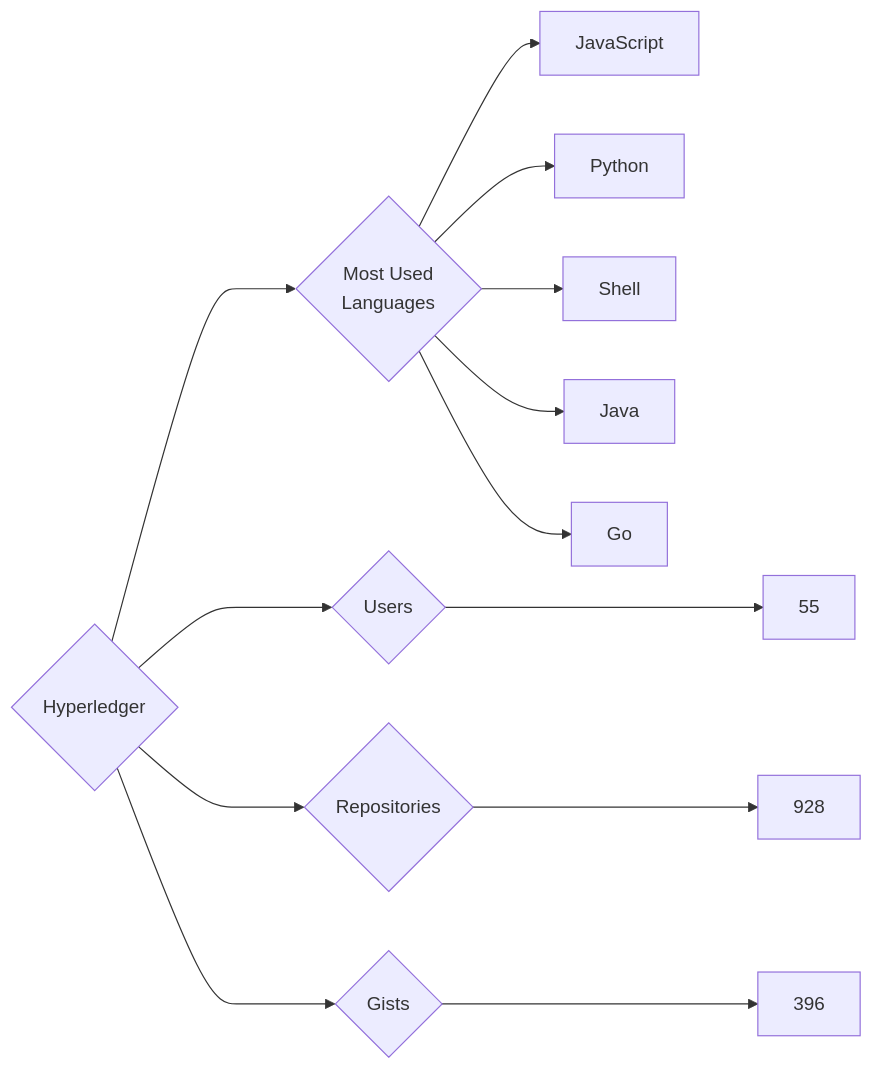
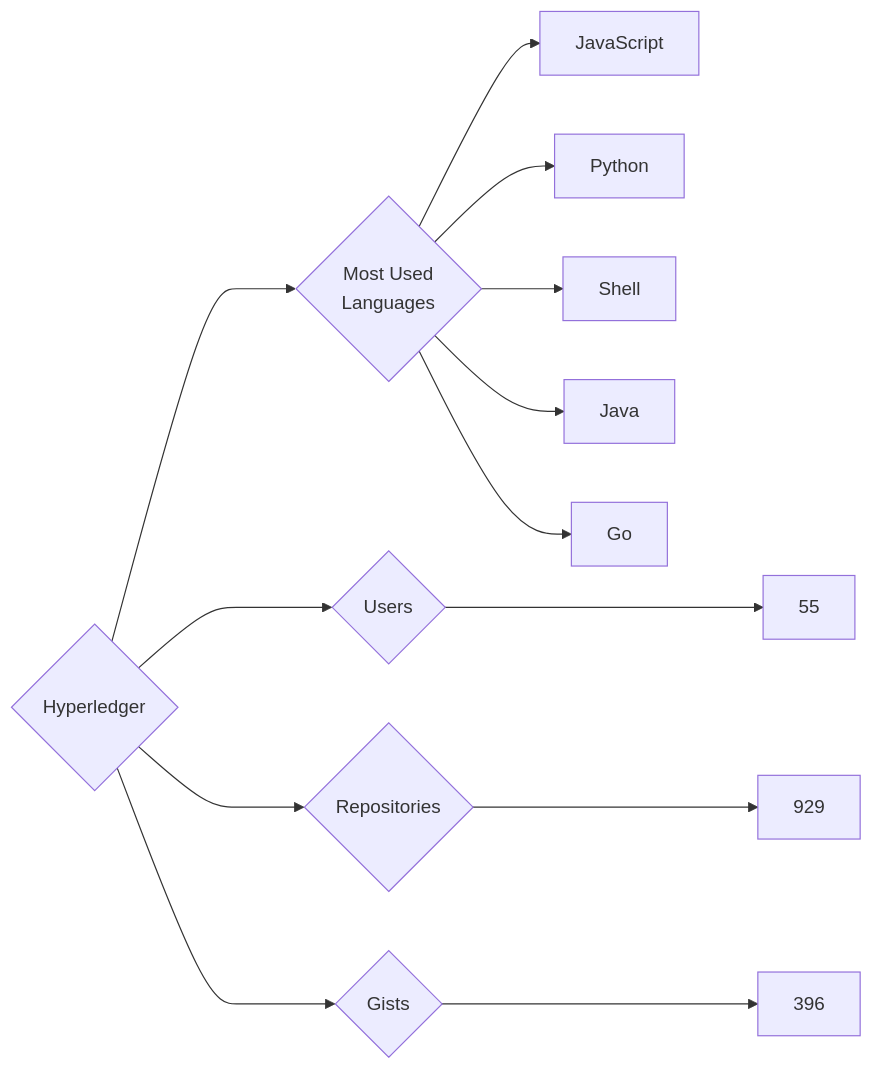
The diagram in targets/Hyperledger/README.md (trickest/insiders), drawn with Mermaid before and after one commit. The commit also changed 888 other files, not shown here.

````diff
--- a/targets/Hyperledger/README.md
+++ b/targets/Hyperledger/README.md
@@ -3,13 +3,13 @@
 ```mermaid
 graph LR
 COMPANY_NAME{Hyperledger}
 COMPANY_NAME ---> U{Users} ---> UN[55]
-COMPANY_NAME ---> R{Repositories} ---> RN[928]
+COMPANY_NAME ---> R{Repositories} ---> RN[929]
 COMPANY_NAME ---> G{Gists} ---> GN[396]
 COMPANY_NAME ---> ML{Most Used<br>Languages}
 ML --> JavaScript[JavaScript]
 ML --> Python[Python]
 ML --> Shell[Shell]
 ML --> Java[Java]
 ML --> Go[Go]
 ```
````
